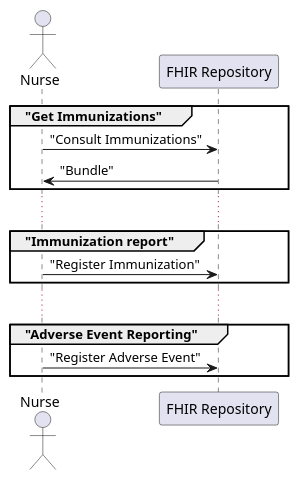
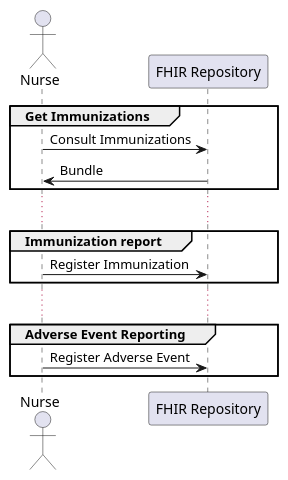
Before and after one commit to costateixeira/devdays-covid19-vaccine: the diagram in input/images-source/immunization-usecases.plantuml, drawn with PlantUML.

```diff
--- a/input/images-source/immunization-usecases.plantuml
+++ b/input/images-source/immunization-usecases.plantuml
@@ -1,18 +1,18 @@
 @startuml
 'skinparam actorStyle awesome
 ' left to right direction
 actor "Nurse" as n
 participant "FHIR Repository" as fhir
-group "Get Immunizations"
-n -> fhir: "Consult Immunizations"
-fhir -> n: "Bundle"
+group Get Immunizations
+n -> fhir: Consult Immunizations
+fhir -> n: Bundle
 end
 ...
-group "Immunization report"
-n -> fhir: "Register Immunization"
+group Immunization report
+n -> fhir: Register Immunization
 end
 ...
-group "Adverse Event Reporting"
-n -> fhir: "Register Adverse Event"
+group Adverse Event Reporting
+n -> fhir: Register Adverse Event
 end
 @enduml
```
